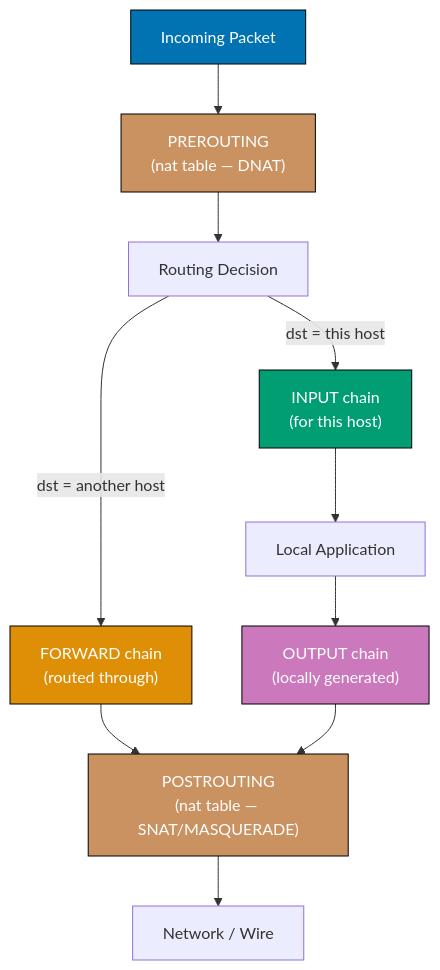
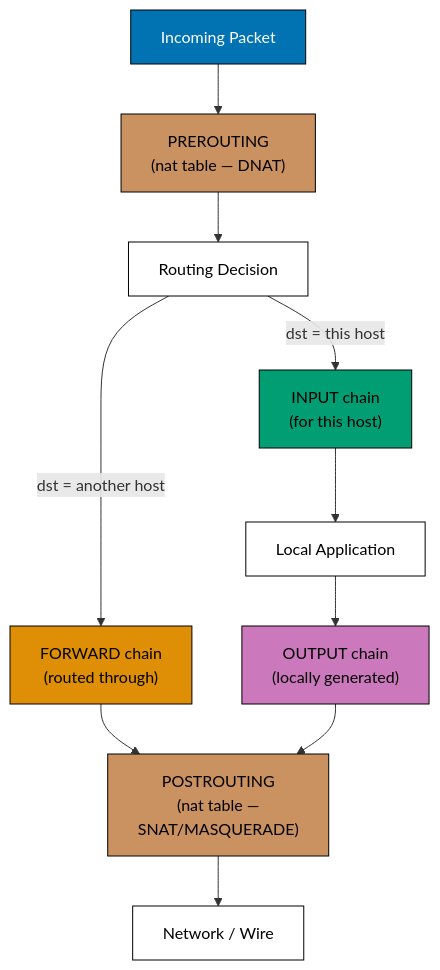
One commit to wahidyankf/ose-public changed the sixth of 12 diagrams in apps/ayokoding-www/content/en/learn/legacy/software-engineering/networking/by-example/advanced.md. Above: the diagram before and after it, drawn with Mermaid. The commit also changed other lines of this file and 78 other files, not shown here.

First line of the commit message:
fix(mermaid): bring the remaining legacy software-engineering diagrams onto the accessible palette

````diff
--- a/apps/ayokoding-www/content/en/learn/legacy/software-engineering/networking/by-example/advanced.md
+++ b/apps/ayokoding-www/content/en/learn/legacy/software-engineering/networking/by-example/advanced.md
@@ -971,25 +1010,33 @@
 ```mermaid
 %% Color Palette: Blue #0173B2, Orange #DE8F05, Teal #029E73, Purple #CC78BC, Brown #CA9161
 graph TD
+    accTitle: Example 66: Firewall Rules — iptables Concepts
+    accDescr: Graph with 9 nodes and 9 connections. Nodes: Incoming Packet, PREROUTING (nat table — DNAT), Routing Decision, INPUT chain (for this host), FORWARD chain (routed through), OUTPUT chain (locally generated), POSTROUTING (nat table — SNAT/MASQUERADE), Local Application, Network / Wire. Connections: Incoming Packet to PREROUTING (nat table — DNAT), PREROUTING (nat table — DNAT) to Routing Decision, Routing Decision to INPUT chain (for this host) (dst = this host), INPUT chain (for this host) to Local Application, Routing Decision to FORWARD chain (routed through) (dst = another host), FORWARD chain (routed through) to POSTROUTING (nat table — SNAT/MASQUERADE), POSTROUTING (nat table — SNAT/MASQUERADE) to Network / Wire, Local Application to OUTPUT chain (locally generated), OUTPUT chain (locally generated) to POSTROUTING (nat table — SNAT/MASQUERADE).
     PKT["Incoming Packet"]
     PRE["PREROUTING<br/>(nat table — DNAT)"]
     RT["Routing Decision"]
     IN["INPUT chain<br/>(for this host)"]
     FW["FORWARD chain<br/>(routed through)"]
     OUT["OUTPUT chain<br/>(locally generated)"]
-    POST["POSTROUTING<br/>(nat table — SNAT/MASQUERADE)"]
+    POST["POSTROUTING<br/>(nat table —<br/>SNAT/MASQUERADE)"]
     APP["Local Application"]
     WIRE["Network / Wire"]
 
     PKT --> PRE --> RT
     RT -->|"dst = this host"| IN --> APP
     RT -->|"dst = another host"| FW --> POST --> WIRE
     APP --> OUT --> POST
 
-    style PKT fill:#0173B2,stroke:#000,color:#fff
-    style IN fill:#029E73,stroke:#000,color:#fff
-    style FW fill:#DE8F05,stroke:#000,color:#fff
-    style OUT fill:#CC78BC,stroke:#000,color:#fff
-    style PRE fill:#CA9161,stroke:#000,color:#fff
-    style POST fill:#CA9161,stroke:#000,color:#fff
+    classDef pal-0173B2 fill:#0173B2,stroke:#000000,color:#FFFFFF
+    class PKT pal-0173B2
+    classDef pal-029E73 fill:#029E73,stroke:#000000,color:#000000
+    class IN pal-029E73
+    classDef pal-DE8F05 fill:#DE8F05,stroke:#000000,color:#000000
+    class FW pal-DE8F05
+    classDef pal-CC78BC fill:#CC78BC,stroke:#000000,color:#000000
+    class OUT pal-CC78BC
+    classDef pal-CA9161 fill:#CA9161,stroke:#000000,color:#000000
+    class PRE pal-CA9161
+    class POST pal-CA9161
+    classDef default fill:#FFFFFF,stroke:#000000,color:#000000
 ```
````
